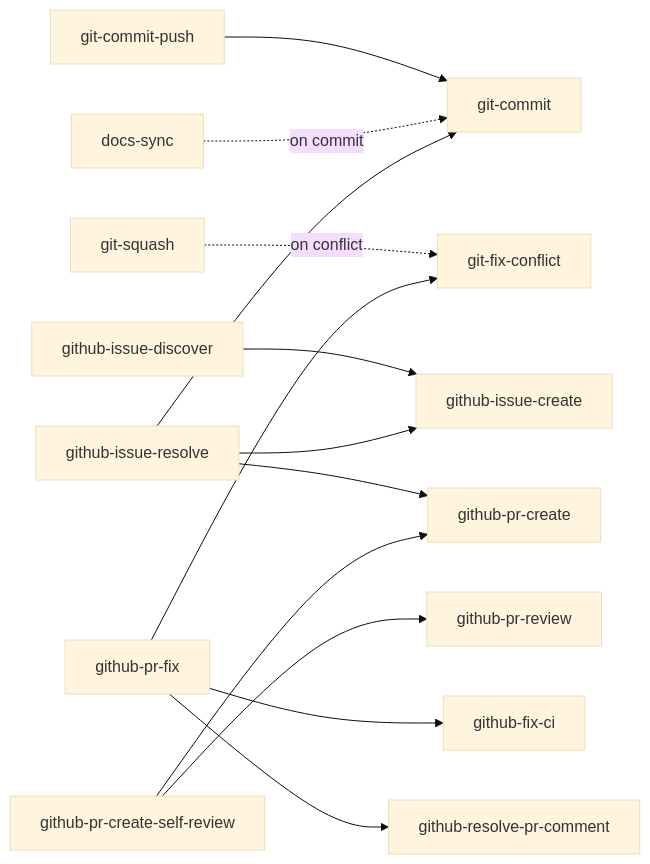
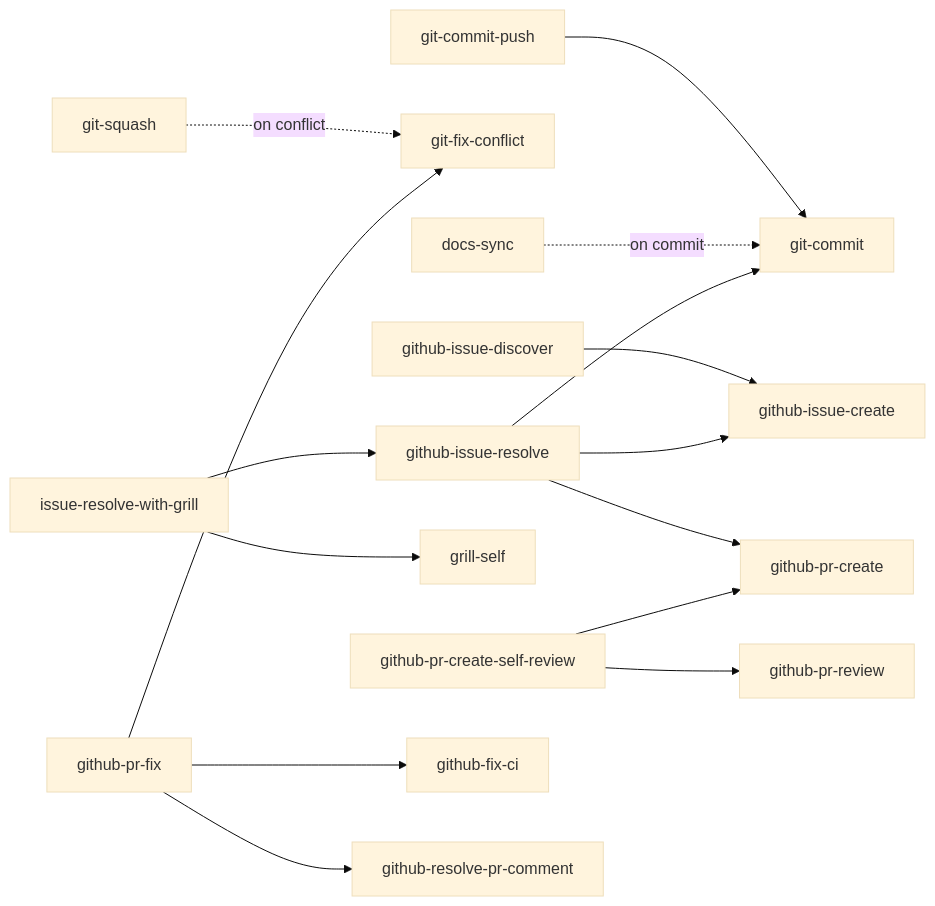
One commit to mjun0812/dotfiles changed the diagram in doc/skills.md. Above: the diagram before and after it, drawn with Mermaid (base theme). The commit also changed other lines of this file, not shown here.

````diff
--- a/doc/skills.md
+++ b/doc/skills.md
@@ -65,18 +73,21 @@
 ```mermaid
 graph LR
     git-commit-push --> git-commit
     git-squash -. on conflict .-> git-fix-conflict
     docs-sync -. on commit .-> git-commit
 
     github-issue-discover --> github-issue-create
     github-issue-resolve --> github-issue-create
     github-issue-resolve --> github-pr-create
     github-issue-resolve --> git-commit
 
+    issue-resolve-with-grill --> grill-self
+    issue-resolve-with-grill --> github-issue-resolve
+
     github-pr-create-self-review --> github-pr-create
     github-pr-create-self-review --> github-pr-review
 
     github-pr-fix --> git-fix-conflict
     github-pr-fix --> github-fix-ci
     github-pr-fix --> github-resolve-pr-comment
 ```
````
